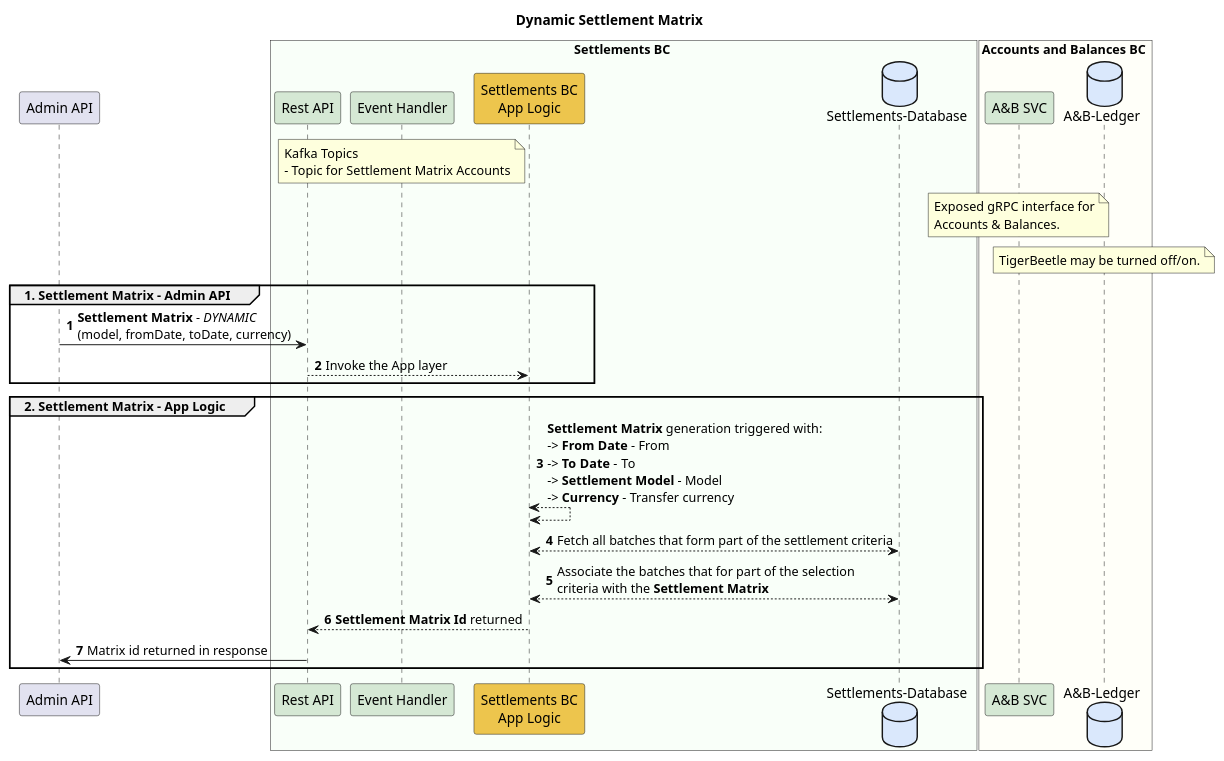
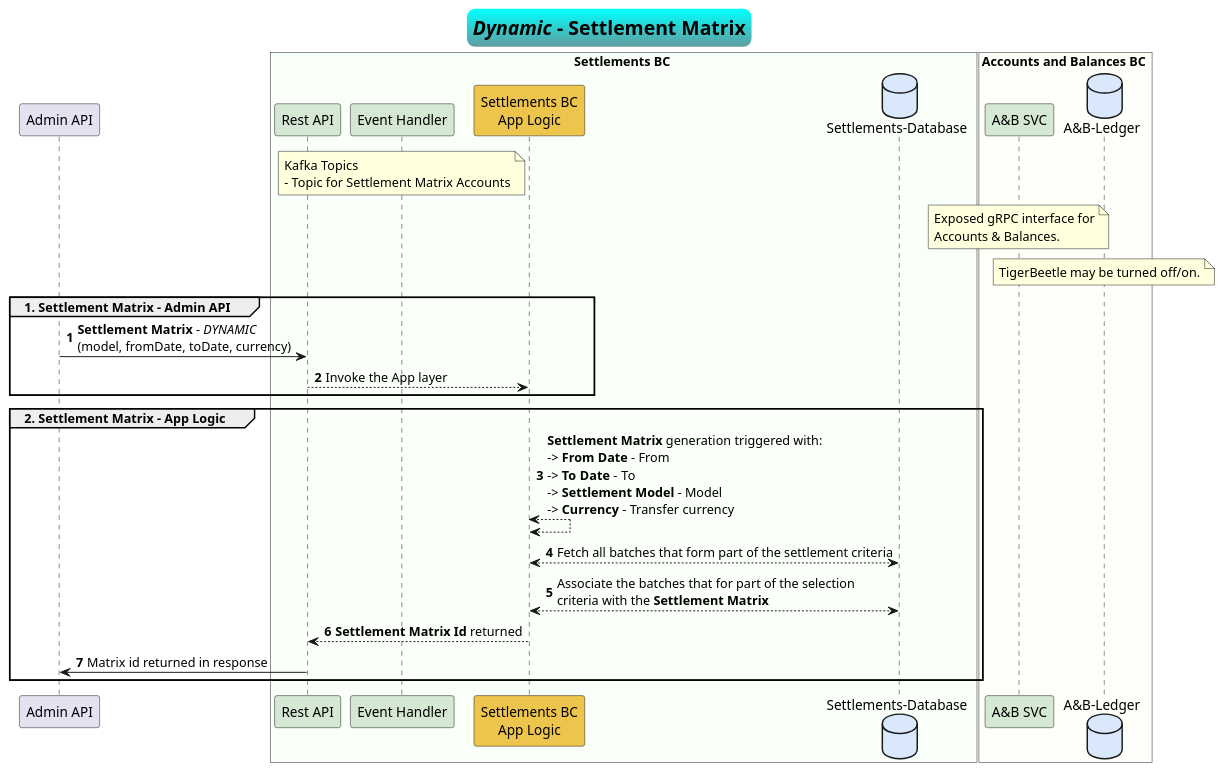
One commit to mojaloop/settlements-bc changed the diagram in docs/flows/02-settlement-matrix-dynamic.puml. Above: the diagram before and after it, drawn with PlantUML. The commit also changed 16 other files, not shown here.

```diff
--- a/docs/flows/02-settlement-matrix-dynamic.puml
+++ b/docs/flows/02-settlement-matrix-dynamic.puml
@@ -1,44 +1,49 @@
 @startuml
 
-title Dynamic Settlement Matrix
+skinparam TitleFontSize 20
+skinparam titleBorderRoundCorner 15
+skinparam titleBorderThickness 2
+skinparam titleBorderColor Aqua-CadetBlue
+skinparam titleBackgroundColor Aqua-CadetBlue
+title //Dynamic// - Settlement Matrix
 
 participant "Admin API" as ext_cl
 
 box Settlements BC #F9FFF9
     participant "Rest API" as sbc_rest #D5E8D4
     participant "Event Handler" as sbc_event #D5E8D4
     note over sbc_event
         Kafka Topics
         - Topic for Settlement Matrix Accounts
     end note
     participant "Settlements BC\nApp Logic" as sbc_app_logic #EDC54D
     database "Settlements-Database" as sbc_db #DAE8FC
 end box
 
 box Accounts and Balances BC #FFFFF9
     participant "A&B SVC" as abbc_grpc #D5E8D4
     database "A&B-Ledger" as abbc_tigerbeetle #DAE8FC
     note over abbc_grpc
         Exposed gRPC interface for
         Accounts & Balances.
     end note
     note over abbc_tigerbeetle
         TigerBeetle may be turned off/on.
     end note
 end box
 
 group 1. Settlement Matrix - Admin API
 autonumber
     ext_cl -> sbc_rest : **Settlement Matrix** - //DYNAMIC//\n(model, fromDate, toDate, currency)
     sbc_rest --> sbc_app_logic : Invoke the App layer
 end
 
 group 2. Settlement Matrix - App Logic
     sbc_app_logic <--> sbc_app_logic: **Settlement Matrix** generation triggered with:\n-> **From Date** - From\n-> **To Date** - To\n-> **Settlement Model** - Model\n-> **Currency** - Transfer currency
     sbc_app_logic <--> sbc_db : Fetch all batches that form part of the settlement criteria
     sbc_app_logic <--> sbc_db : Associate the batches that for part of the selection \ncriteria with the **Settlement Matrix**
     sbc_app_logic --> sbc_rest : **Settlement Matrix Id** returned
     sbc_rest -> ext_cl : Matrix id returned in response
 end
 
 @enduml
```
